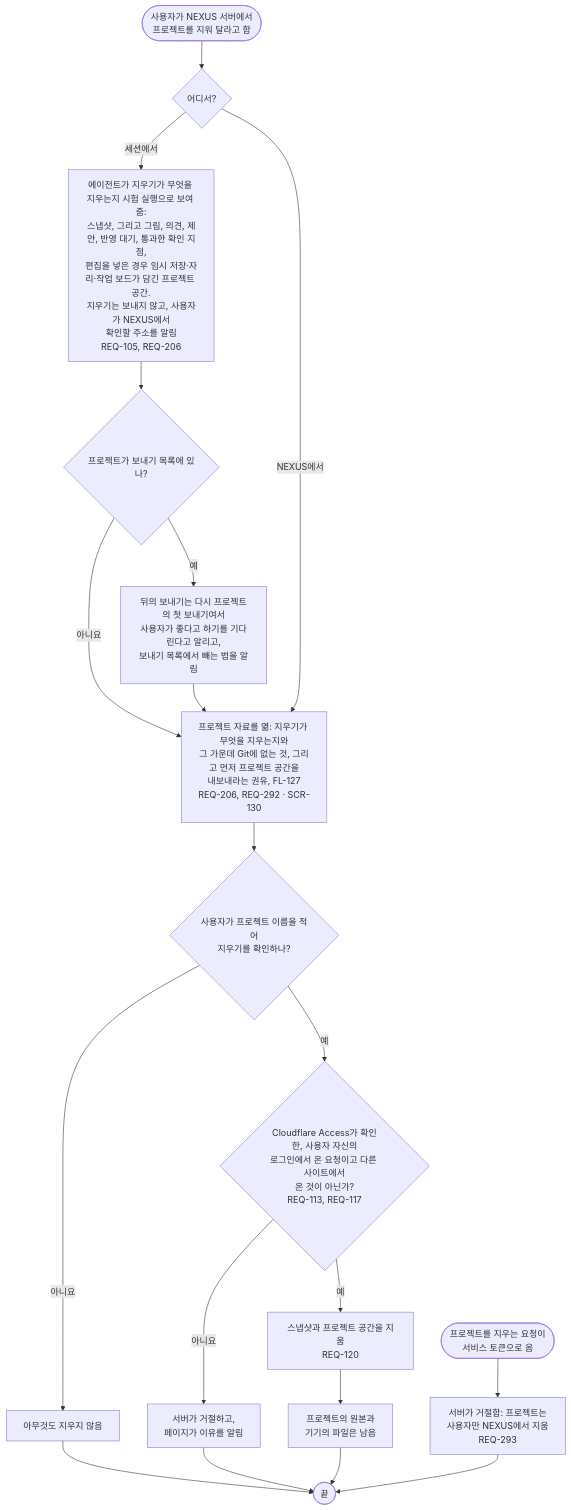
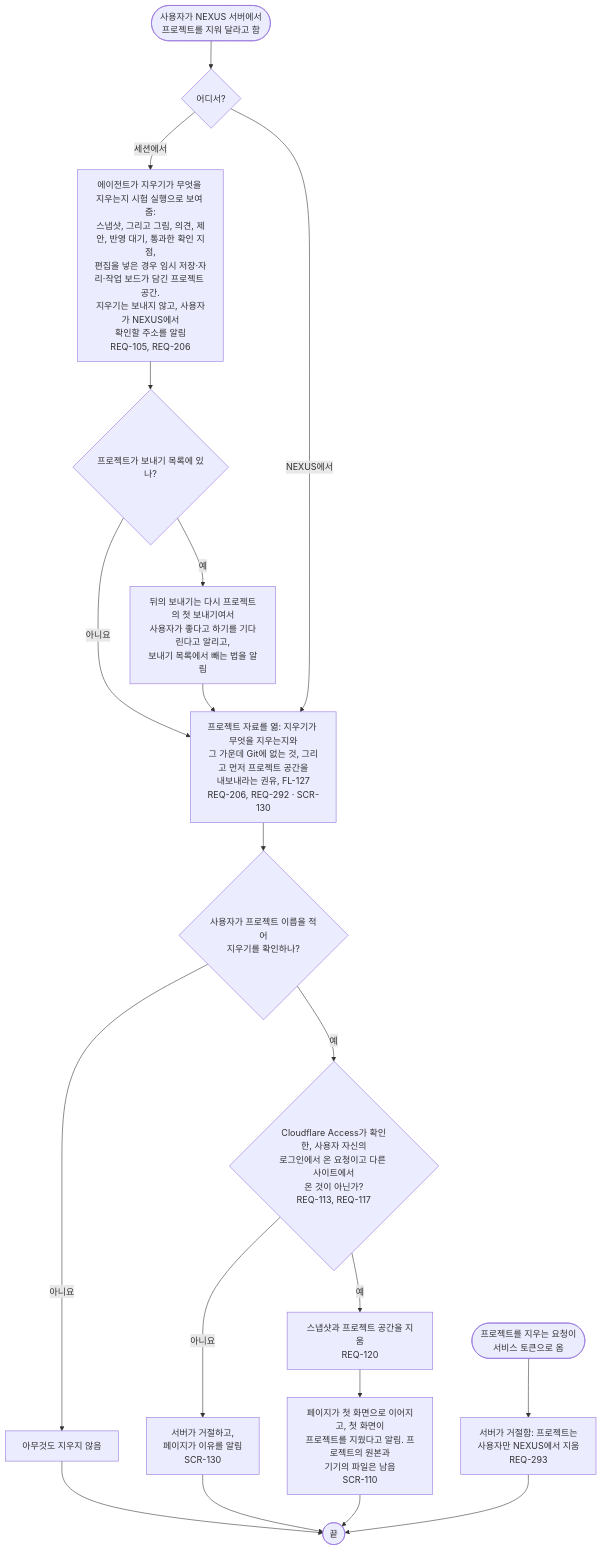
The diagram in docs/03-user-flow/nexus/FL-114-remove-a-project.ko.md (kodonghui/corthex-nexus), drawn with Mermaid before and after one commit. The commit also changed 22 other files, not shown here.

````diff
--- a/docs/03-user-flow/nexus/FL-114-remove-a-project.ko.md
+++ b/docs/03-user-flow/nexus/FL-114-remove-a-project.ko.md
@@ -9,21 +9,21 @@
 ```mermaid
 flowchart TD
   A(["사용자가 NEXUS 서버에서<br/>프로젝트를 지워 달라고 함"]) --> B{"어디서?"}
   B -->|세션에서| B1["에이전트가 지우기가 무엇을 지우는지 시험 실행으로 보여 줌:<br/>스냅샷, 그리고 그림, 의견, 제안, 반영 대기, 통과한 확인 지점,<br/>편집을 넣은 경우 임시 저장·자리·작업 보드가 담긴 프로젝트 공간.<br/>지우기는 보내지 않고, 사용자가 NEXUS에서<br/>확인할 주소를 알림<br/>REQ-105, REQ-206"]
   B1 --> B2{"프로젝트가 보내기 목록에 있나?"}
   B2 -->|예| B3["뒤의 보내기는 다시 프로젝트의 첫 보내기여서<br/>사용자가 좋다고 하기를 기다린다고 알리고,<br/>보내기 목록에서 빼는 법을 알림"]
   B2 -->|아니요| C
   B3 --> C
   B -->|NEXUS에서| C["프로젝트 자료를 엶: 지우기가 무엇을 지우는지와<br/>그 가운데 Git에 없는 것, 그리고 먼저 프로젝트 공간을<br/>내보내라는 권유, FL-127<br/>REQ-206, REQ-292 · SCR-130"]
   C --> D{"사용자가 프로젝트 이름을 적어<br/>지우기를 확인하나?"}
   D -->|아니요| D1["아무것도 지우지 않음"]
   D1 --> Z(["끝"])
   D -->|예| E{"Cloudflare Access가 확인한, 사용자 자신의<br/>로그인에서 온 요청이고 다른 사이트에서<br/>온 것이 아닌가?<br/>REQ-113, REQ-117"}
-  E -->|아니요| E1["서버가 거절하고,<br/>페이지가 이유를 알림"]
+  E -->|아니요| E1["서버가 거절하고,<br/>페이지가 이유를 알림<br/>SCR-130"]
   E1 --> Z
   E -->|예| F["스냅샷과 프로젝트 공간을 지움<br/>REQ-120"]
-  F --> G["프로젝트의 원본과<br/>기기의 파일은 남음"]
+  F --> G["페이지가 첫 화면으로 이어지고, 첫 화면이<br/>프로젝트를 지웠다고 알림. 프로젝트의 원본과<br/>기기의 파일은 남음<br/>SCR-110"]
   G --> Z
   X(["프로젝트를 지우는 요청이<br/>서비스 토큰으로 옴"]) --> X1["서버가 거절함: 프로젝트는<br/>사용자만 NEXUS에서 지움<br/>REQ-293"]
   X1 --> Z
 ```
````
